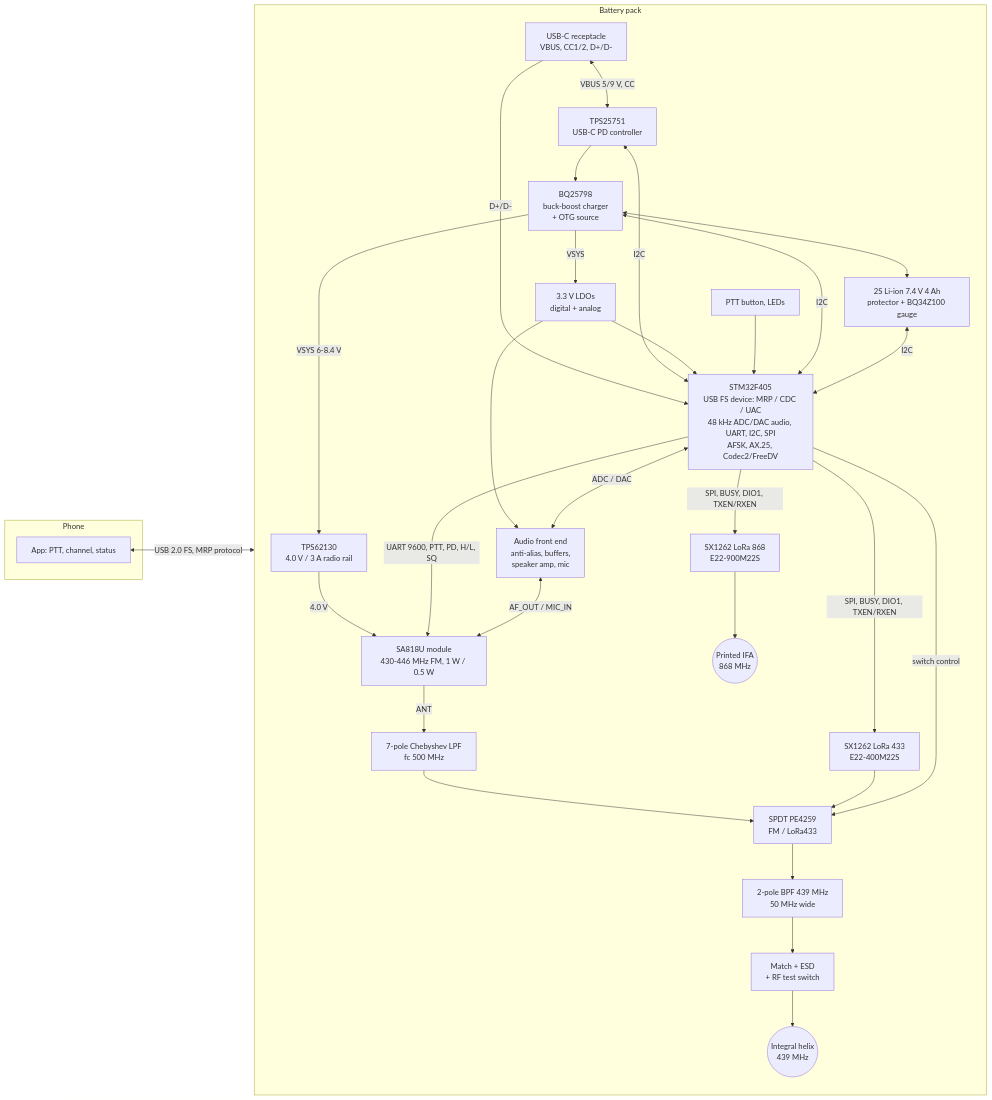
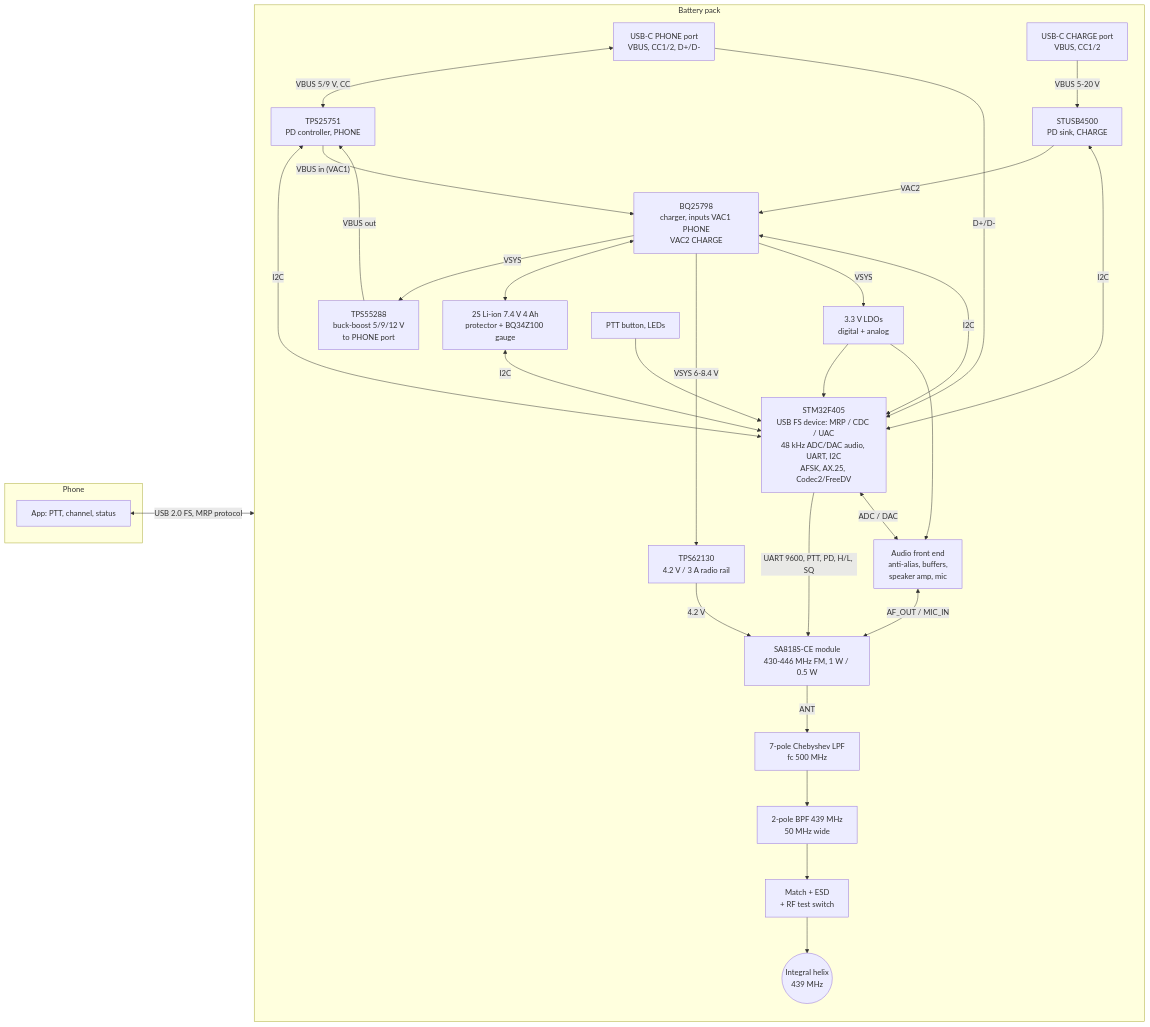
Before and after one commit to sq6emm/mobile-radio: the diagram in docs/02-system-architecture.md, drawn with Mermaid. The commit also changed other lines of this file and 43 other files, not shown here.

First line of the commit message:
Single 400 MHz radio, second USB-C port with pass-through charging, SA818S-CE

````diff
--- a/docs/02-system-architecture.md
+++ b/docs/02-system-architecture.md
@@ -5,53 +5,51 @@
 ```mermaid
 flowchart LR
     subgraph PHONE[Phone]
         APP[App: PTT, channel, status]
     end
 
     subgraph PACK[Battery pack]
         direction TB
-        USBC[USB-C receptacle<br/>VBUS, CC1/2, D+/D-]
-        PD[TPS25751<br/>USB-C PD controller]
-        CHG[BQ25798<br/>buck-boost charger<br/>+ OTG source]
+        USBC[USB-C PHONE port<br/>VBUS, CC1/2, D+/D-]
+        USBB[USB-C CHARGE port<br/>VBUS, CC1/2]
+        PD[TPS25751<br/>PD controller, PHONE]
+        PDB[STUSB4500<br/>PD sink, CHARGE]
+        SRC[TPS55288<br/>buck-boost 5/9/12 V<br/>to PHONE port]
+        CHG[BQ25798<br/>charger, inputs VAC1 PHONE<br/>VAC2 CHARGE]
         BAT[2S Li-ion 7.4 V 4 Ah<br/>protector + BQ34Z100 gauge]
-        BUCK[TPS62130<br/>4.0 V / 3 A radio rail]
+        BUCK[TPS62130<br/>4.2 V / 3 A radio rail]
         LDO[3.3 V LDOs<br/>digital + analog]
-        MCU[STM32F405<br/>USB FS device: MRP / CDC / UAC<br/>48 kHz ADC/DAC audio, UART, I2C, SPI<br/>AFSK, AX.25, Codec2/FreeDV]
-        RADIO[SA818U module<br/>430-446 MHz FM, 1 W / 0.5 W]
+        MCU[STM32F405<br/>USB FS device: MRP / CDC / UAC<br/>48 kHz ADC/DAC audio, UART, I2C<br/>AFSK, AX.25, Codec2/FreeDV]
+        RADIO[SA818S-CE module<br/>430-446 MHz FM, 1 W / 0.5 W]
         LPF[7-pole Chebyshev LPF<br/>fc 500 MHz]
-        SW[SPDT PE4259<br/>FM / LoRa433]
-        L433[SX1262 LoRa 433<br/>E22-400M22S]
-        L868[SX1262 LoRa 868<br/>E22-900M22S]
         BPF[2-pole BPF 439 MHz<br/>50 MHz wide]
         MATCH[Match + ESD<br/>+ RF test switch]
         ANT((Integral helix<br/>439 MHz))
-        ANT2((Printed IFA<br/>868 MHz))
         AUDIO[Audio front end<br/>anti-alias, buffers,<br/>speaker amp, mic]
         UI[PTT button, LEDs]
     end
 
     APP <-- "USB 2.0 FS, MRP protocol" --> USBC
     USBC <-- "VBUS 5/9 V, CC" --> PD
     USBC -- "D+/D-" --> MCU
     PD <-- I2C --> MCU
-    PD --> CHG
+    PD -- "VBUS in (VAC1)" --> CHG
+    SRC -- "VBUS out" --> PD
+    CHG -- VSYS --> SRC
+    USBB -- "VBUS 5-20 V" --> PDB
+    PDB -- "VAC2" --> CHG
+    PDB <-- I2C --> MCU
     CHG <--> BAT
     CHG -- VSYS 6-8.4 V --> BUCK
     CHG -- VSYS --> LDO
-    BUCK -- 4.0 V --> RADIO
+    BUCK -- 4.2 V --> RADIO
     LDO --> MCU
     LDO --> AUDIO
     MCU -- "UART 9600, PTT, PD, H/L, SQ" --> RADIO
     MCU <-- "ADC / DAC" --> AUDIO
     AUDIO <-- "AF_OUT / MIC_IN" --> RADIO
-    RADIO -- ANT --> LPF --> SW
-    L433 --> SW
-    SW --> BPF --> MATCH --> ANT
-    L868 --> ANT2
-    MCU -- "SPI, BUSY, DIO1, TXEN/RXEN" --> L433
-    MCU -- "SPI, BUSY, DIO1, TXEN/RXEN" --> L868
-    MCU -- "switch control" --> SW
+    RADIO -- ANT --> LPF --> BPF --> MATCH --> ANT
     UI --> MCU
     CHG <-- I2C --> MCU
     BAT <-- I2C --> MCU
 ```
````
